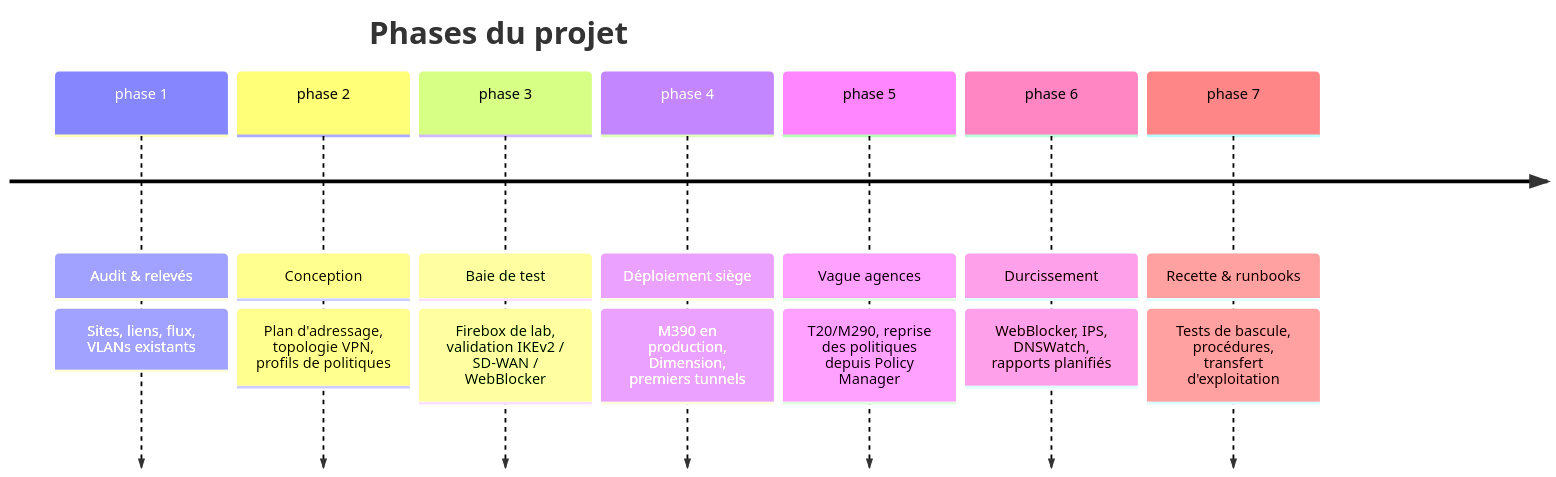
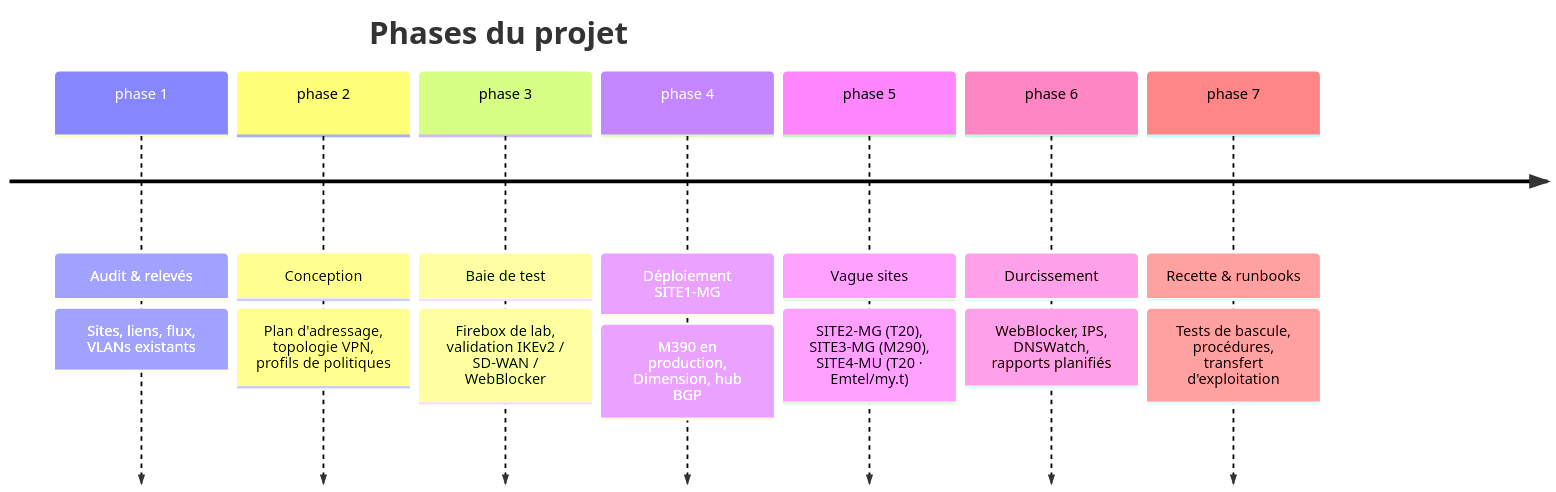
Before and after one commit to lenixras/watchguard_multi-site: the fifth of 5 diagrams in README.md, drawn with Mermaid. The commit also changed other lines of this file and 2 other files, not shown here.

Commit message:
Rename sites to SITE1-MG/SITE2-MG/SITE3-MG/SITE4-MU with per-site ISP topology

````diff
--- a/README.md
+++ b/README.md
@@ -317,11 +349,11 @@
 ```mermaid
 timeline
     title Phases du projet
     phase 1 : Audit & relevés : Sites, liens, flux, VLANs existants
     phase 2 : Conception : Plan d'adressage, topologie VPN, profils de politiques
     phase 3 : Baie de test : Firebox de lab, validation IKEv2 / SD-WAN / WebBlocker
-    phase 4 : Déploiement siège : M390 en production, Dimension, premiers tunnels
-    phase 5 : Vague agences : T20/M290, reprise des politiques depuis Policy Manager
+    phase 4 : Déploiement SITE1-MG : M390 en production, Dimension, hub BGP
+    phase 5 : Vague sites : SITE2-MG (T20), SITE3-MG (M290), SITE4-MU (T20 · Emtel/my.t)
     phase 6 : Durcissement : WebBlocker, IPS, DNSWatch, rapports planifiés
     phase 7 : Recette & runbooks : Tests de bascule, procédures, transfert d'exploitation
 ```
````
